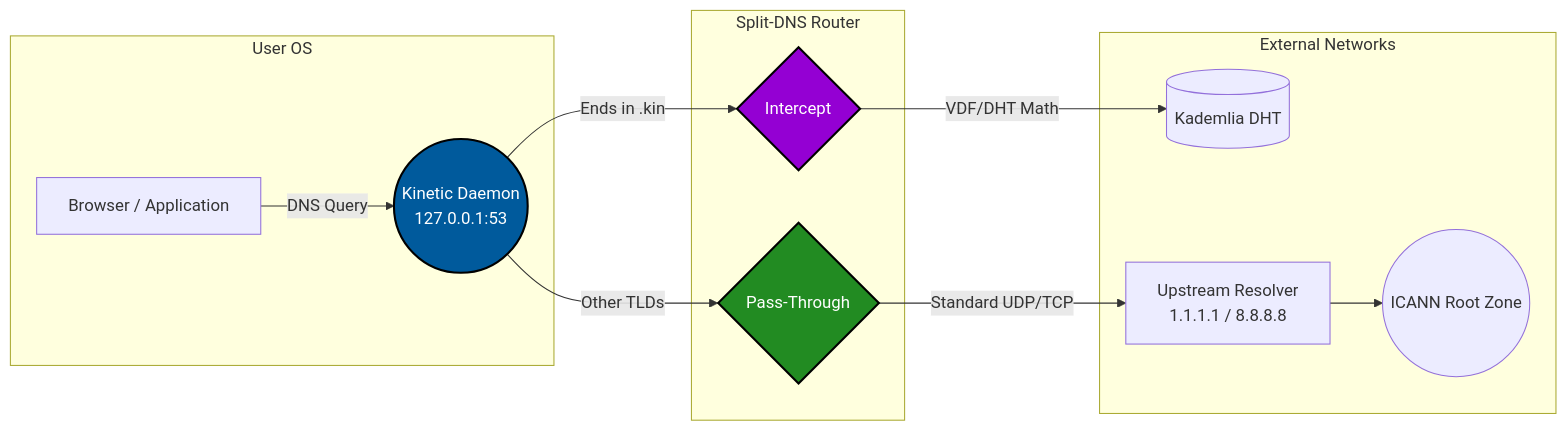
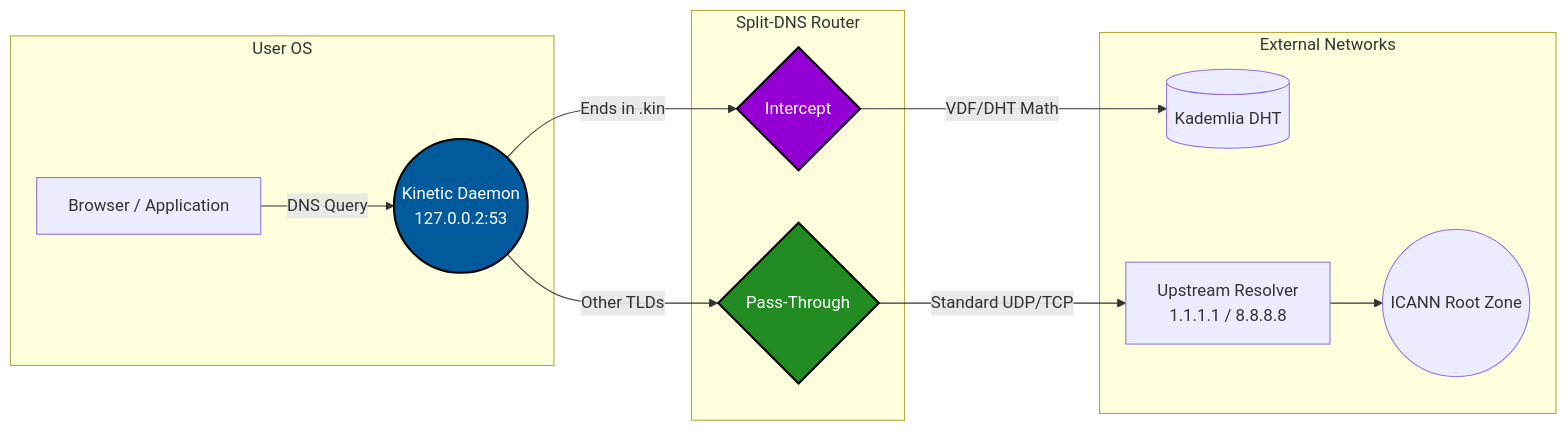
One commit to saifmukhtar/kinetic changed the diagram in README.md. Above: the diagram before and after it, drawn with Mermaid. The commit also changed other lines of this file and 1 other file, not shown here.

````diff
--- a/README.md
+++ b/README.md
@@ -19,23 +25,23 @@
 ```mermaid
 graph LR
     subgraph User OS
         App[Browser / Application]
-        Daemon((Kinetic Daemon<br/>127.0.0.1:53))
+        Daemon((Kinetic Daemon<br/>127.0.0.2:53))
         App -->|DNS Query| Daemon
     end
 
     subgraph Split-DNS Router
         Daemon -->|Ends in .kin| Kin{Intercept}
         Daemon -->|Other TLDs| Pass{Pass-Through}
     end
 
     subgraph External Networks
         Kin -->|VDF/DHT Math| DHT[(Kademlia DHT)]
         Pass -->|Standard UDP/TCP| Upstream[Upstream Resolver<br/>1.1.1.1 / 8.8.8.8]
         Upstream --> ICANN((ICANN Root Zone))
     end
     
     style Daemon fill:#005A9C,stroke:#000,stroke-width:2px,color:#fff
     style Kin fill:#9400D3,stroke:#000,stroke-width:2px,color:#fff
     style Pass fill:#228B22,stroke:#000,stroke-width:2px,color:#fff
 ```
````
